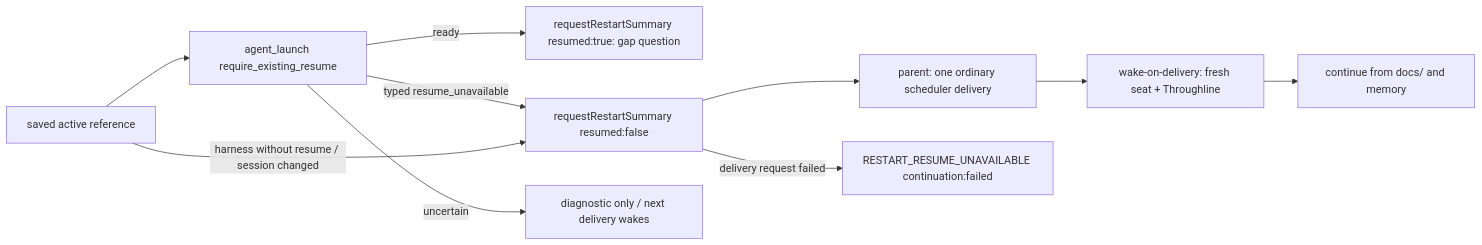
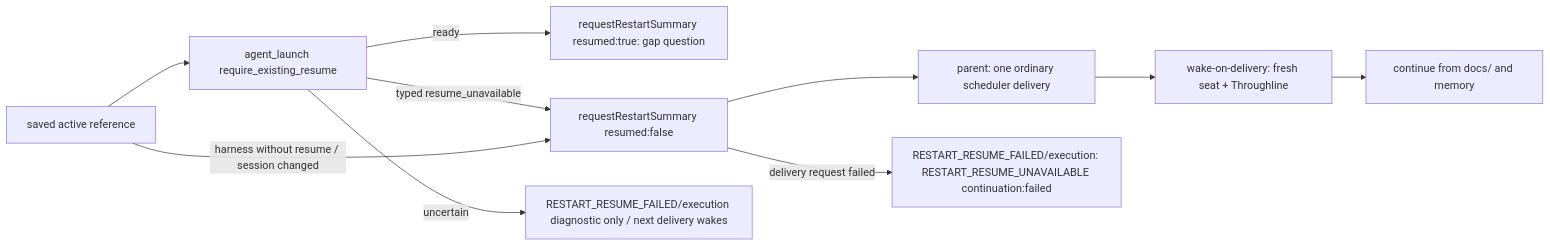
One commit to kitepon/BellTeam changed the diagram in docs/architecture/modules/execution/restart-resume.md. Above: the diagram before and after it, drawn with Mermaid. The commit also changed 8 other files, not shown here.

````diff
--- a/docs/architecture/modules/execution/restart-resume.md
+++ b/docs/architecture/modules/execution/restart-resume.md
@@ -14,12 +14,12 @@
 ```mermaid
 flowchart LR
   Ref[saved active reference] --> Resume[agent_launch require_existing_resume]
   Resume -->|ready| Gap[requestRestartSummary resumed:true: gap question]
   Resume -->|typed resume_unavailable| Fresh[requestRestartSummary resumed:false]
   Fresh --> Deliver[parent: one ordinary scheduler delivery]
   Deliver --> Wake[wake-on-delivery: fresh seat + Throughline]
   Wake --> Continue[continue from docs/ and memory]
-  Fresh -->|delivery request failed| Diag[RESTART_RESUME_UNAVAILABLE continuation:failed]
-  Resume -->|uncertain| Uncertain[diagnostic only / next delivery wakes]
+  Fresh -->|delivery request failed| Diag[RESTART_RESUME_FAILED/execution: RESTART_RESUME_UNAVAILABLE continuation:failed]
+  Resume -->|uncertain| Uncertain[RESTART_RESUME_FAILED/execution diagnostic only / next delivery wakes]
   Ref -->|harness without resume / session changed| Fresh
 ```
````
